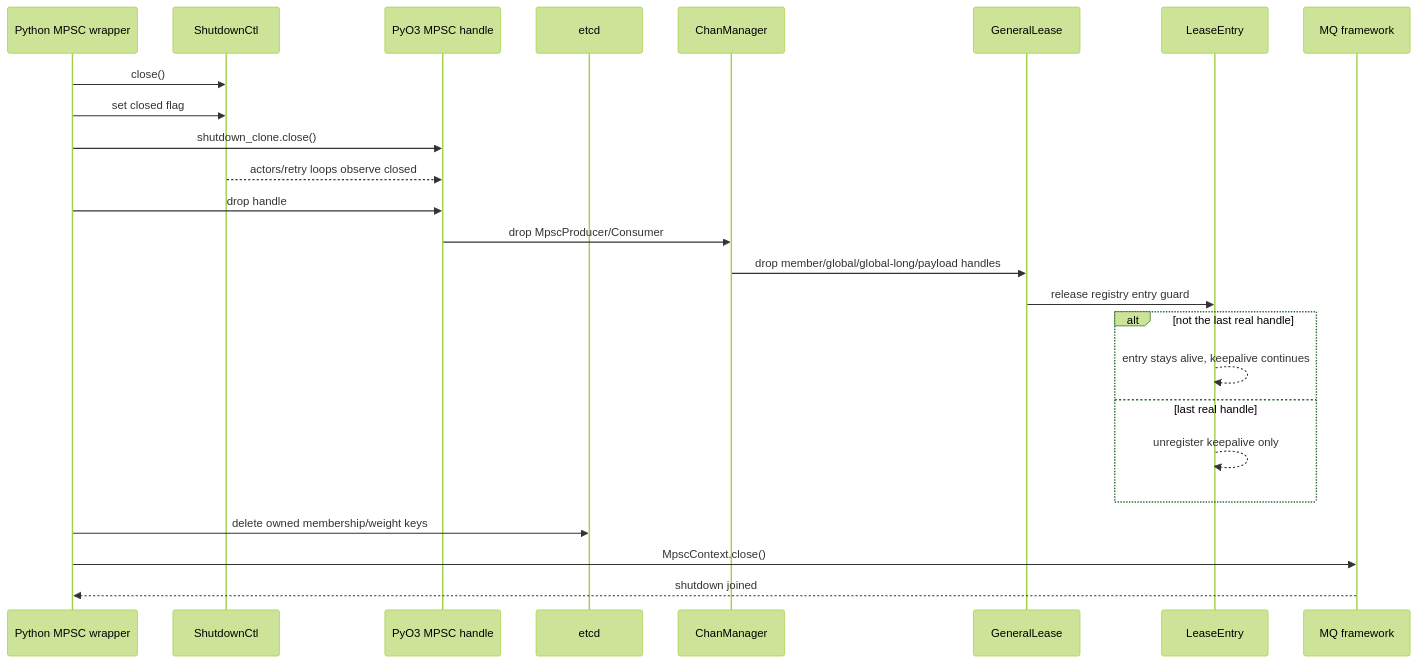
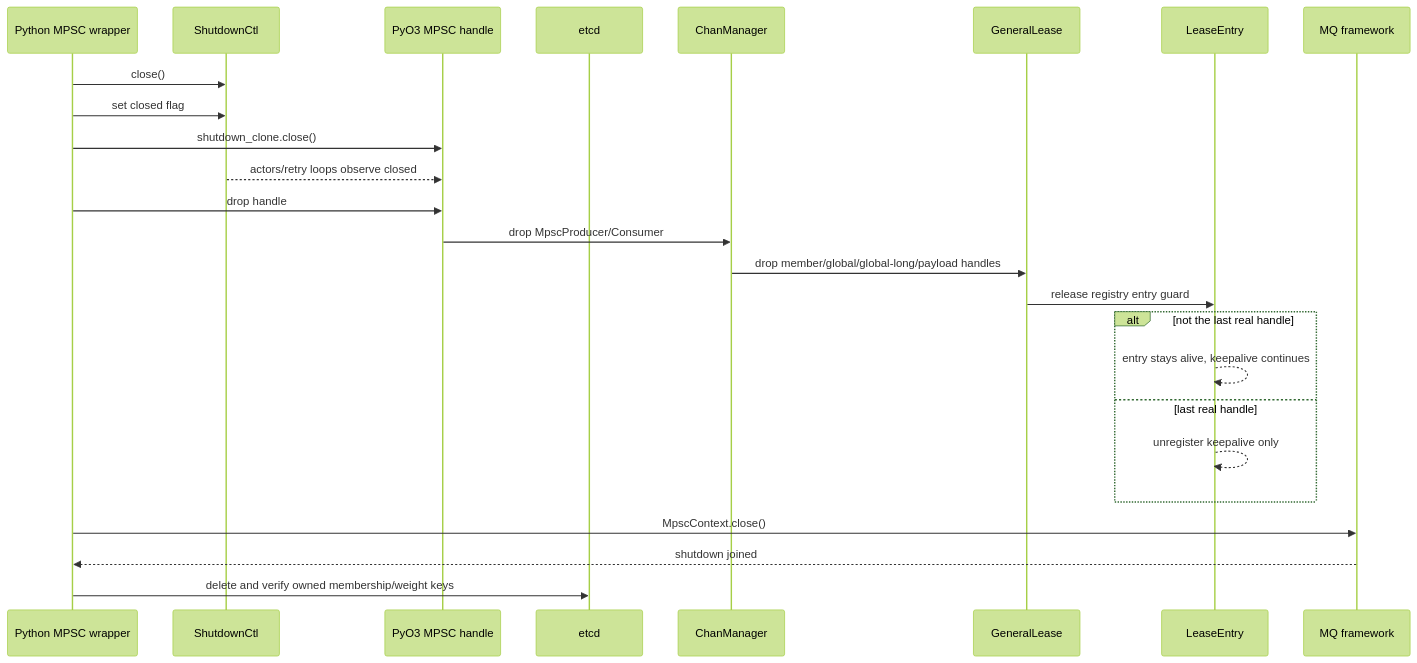
One commit to Tele-AI/Fluxon changed the eighth of 9 diagrams in fluxon_doc_cn/design/mq_1_生命周期与租约设计.md. Above: the diagram before and after it, drawn with Mermaid (forest theme). The commit also changed other lines of this file and 6 other files, not shown here.

````diff
--- a/fluxon_doc_cn/design/mq_1_生命周期与租约设计.md
+++ b/fluxon_doc_cn/design/mq_1_生命周期与租约设计.md
@@ -452,28 +456,28 @@
 ```mermaid
 sequenceDiagram
     participant Py as Python MPSC wrapper
     participant S as ShutdownCtl
     participant H as PyO3 MPSC handle
     participant E as etcd
     participant CM as ChanManager
     participant GL as GeneralLease
     participant LE as LeaseEntry
     participant FW as MQ framework
 
     Py->>S: close()
     Py->>S: set closed flag
     Py->>H: shutdown_clone.close()
     S-->>H: actors/retry loops observe closed
     Py->>H: drop handle
     H->>CM: drop MpscProducer/Consumer
     CM->>GL: drop member/global/global-long/payload handles
     GL->>LE: release registry entry guard
     alt not the last real handle
         LE-->>LE: entry stays alive, keepalive continues
     else last real handle
         LE-->>LE: unregister keepalive only
     end
-    Py->>E: delete owned membership/weight keys
     Py->>FW: MpscContext.close()
     FW-->>Py: shutdown joined
+    Py->>E: delete and verify owned membership/weight keys
 ```
````
